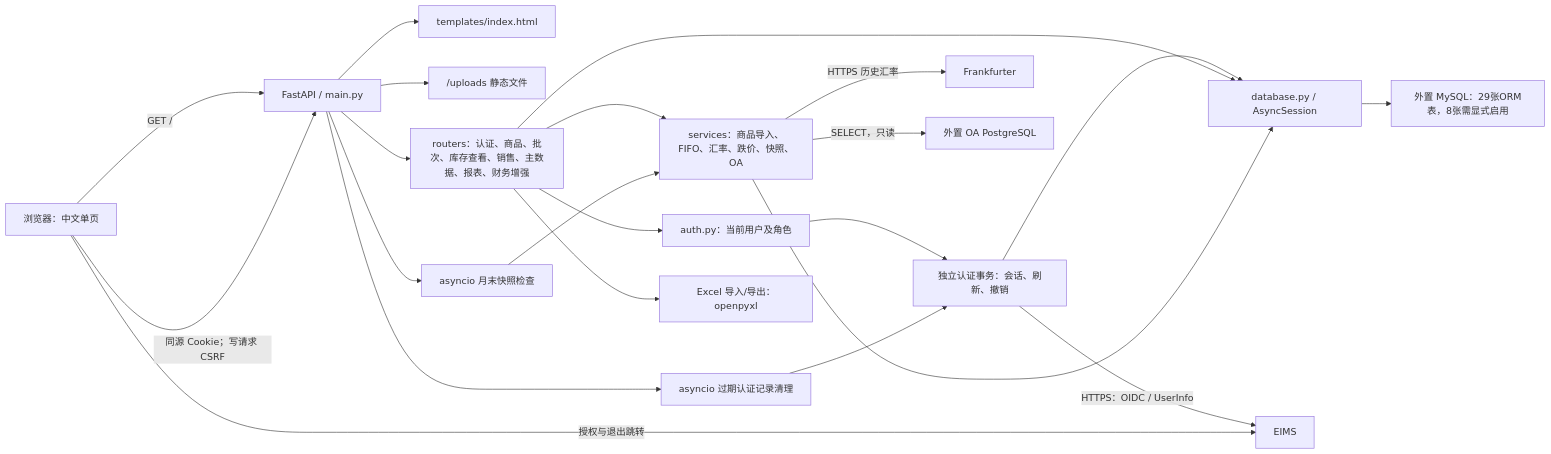
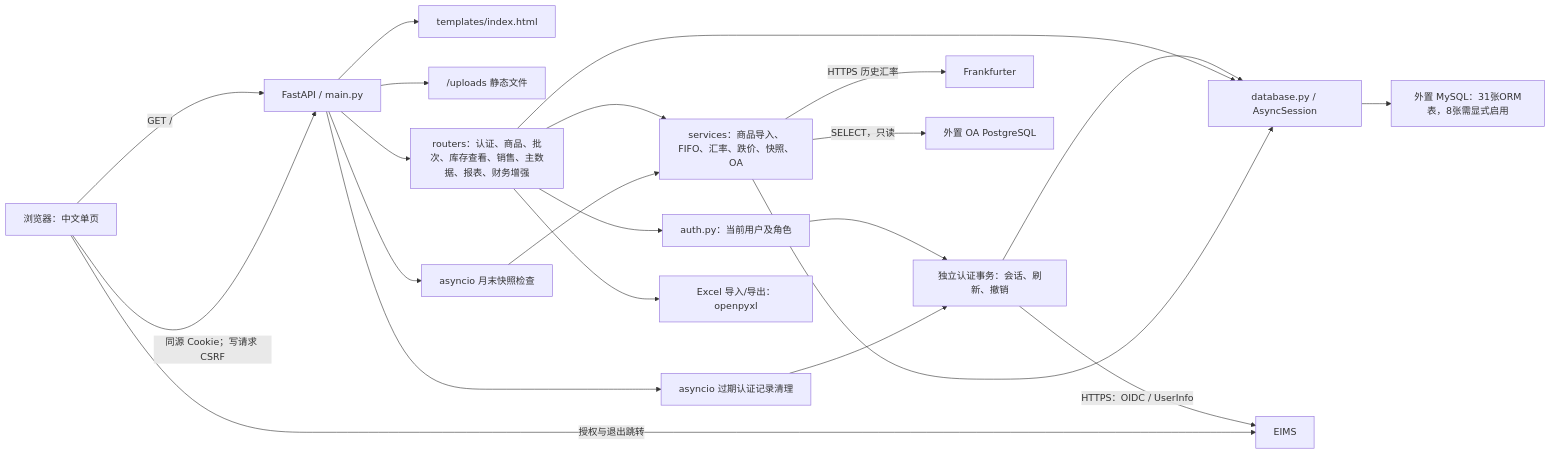
The diagram in docs/knowledge/architecture.md (yueweiit/FastAPIProject), drawn with Mermaid before and after one commit. The commit also changed 19 other files, not shown here.

````diff
--- a/docs/knowledge/architecture.md
+++ b/docs/knowledge/architecture.md
@@ -7,24 +7,24 @@
 ```mermaid
 flowchart LR
     U["浏览器：中文单页"] -->|"GET /"| A["FastAPI / main.py"]
     U -->|"同源 Cookie；写请求 CSRF"| A
     A --> T["templates/index.html"]
     A --> UP["/uploads 静态文件"]
     A --> R["routers：认证、商品、批次、库存查看、销售、主数据、报表、财务增强"]
     R --> AU["auth.py：当前用户及角色"]
     R --> S["services：商品导入、FIFO、汇率、跌价、快照、OA"]
     AU --> SS["独立认证事务：会话、刷新、撤销"]
     SS --> DB
     SS -->|"HTTPS：OIDC / UserInfo"| EI["EIMS"]
     U -->|"授权与退出跳转"| EI
     R --> DB["database.py / AsyncSession"]
     S --> DB
-    DB --> M["外置 MySQL：29张ORM表，8张需显式启用"]
+    DB --> M["外置 MySQL：31张ORM表，8张需显式启用"]
     S -->|"HTTPS 历史汇率"| FX["Frankfurter"]
     S -->|"SELECT，只读"| OA["外置 OA PostgreSQL"]
     A --> W["asyncio 月末快照检查"]
     A --> AW["asyncio 过期认证记录清理"]
     AW --> SS
     W --> S
     R --> XL["Excel 导入/导出：openpyxl"]
 ```
````
